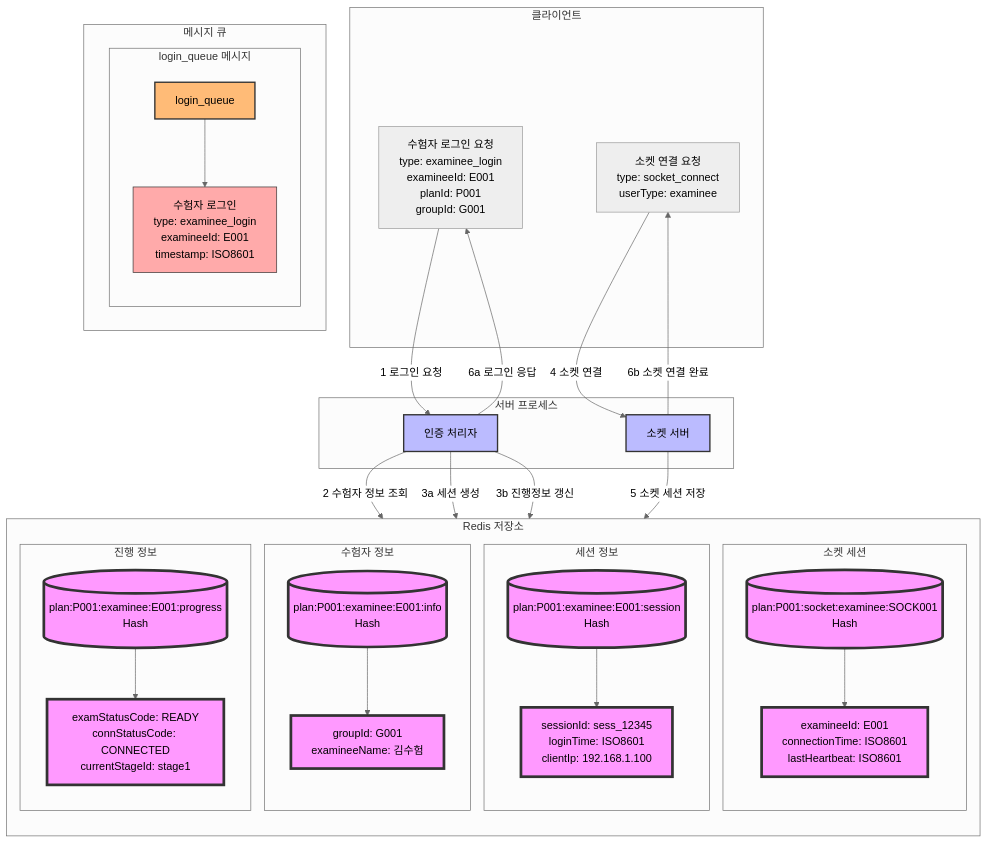
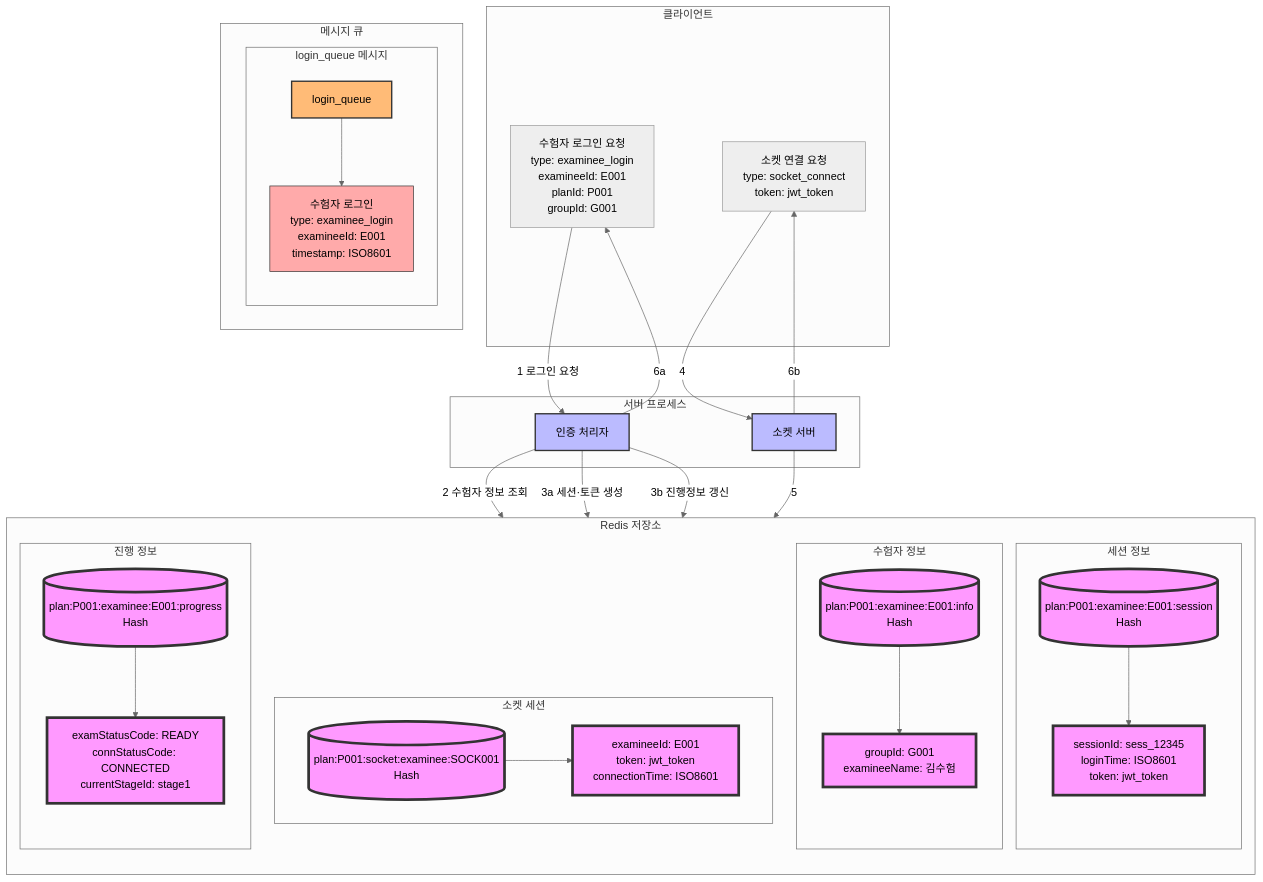
Before and after one commit to ldmrepo/exam-arch: the second of 2 diagrams in 시나리오/04 수험자 로그인 시나리오.md, drawn with Mermaid (neutral theme). The commit also changed other lines of this file and 3 other files, not shown here.

````diff
--- a/시나리오/04 수험자 로그인 시나리오.md
+++ b/시나리오/04 수험자 로그인 시나리오.md
@@ -40,68 +91,70 @@
 ```mermaid
 flowchart TB
-    subgraph Client[클라이언트]
-        LR1[수험자 로그인 요청<br/>type: examinee_login<br/>examineeId: E001<br/>planId: P001<br/>groupId: G001]
-        SC1[소켓 연결 요청<br/>type: socket_connect<br/>userType: examinee]
-    end
+   subgraph Client[클라이언트]
+       LR1[수험자 로그인 요청<br/>type: examinee_login<br/>examineeId: E001<br/>planId: P001<br/>groupId: G001]
+       SC1[소켓 연결 요청<br/>type: socket_connect<br/>token: jwt_token]
+   end
 
-    subgraph MessageQueue[메시지 큐]
-        subgraph LoginQueue[login_queue 메시지]
-            LQ[login_queue]
-            LQ1[수험자 로그인<br/>type: examinee_login<br/>examineeId: E001<br/>timestamp: ISO8601]
-            LQ --> LQ1
-        end
-    end
+   subgraph MessageQueue[메시지 큐]
+       subgraph LoginQueue[login_queue 메시지]
+           LQ[login_queue]
+           LQ1[수험자 로그인<br/>type: examinee_login<br/>examineeId: E001<br/>timestamp: ISO8601]
+           LQ --> LQ1
+       end
+   end
 
-    subgraph Redis[Redis 저장소]
-        direction TB
-        subgraph ExamineeInfo[수험자 정보]
-            EI[(plan:P001:examinee:E001:info<br/>Hash)]
-            EI1[groupId: G001<br/>examineeName: 김수험]
-            EI --> EI1
-        end
-        subgraph SessionInfo[세션 정보]
-            SE[(plan:P001:examinee:E001:session<br/>Hash)]
-            SE1[sessionId: sess_12345<br/>loginTime: ISO8601<br/>clientIp: 192.168.1.100]
-            SE --> SE1
-        end
-        subgraph SocketSession[소켓 세션]
-            SK[(plan:P001:socket:examinee:SOCK001<br/>Hash)]
-            SK1[examineeId: E001<br/>connectionTime: ISO8601<br/>lastHeartbeat: ISO8601]
-            SK --> SK1
-        end
-        subgraph Progress[진행 정보]
-            PR[(plan:P001:examinee:E001:progress<br/>Hash)]
-            PR1[examStatusCode: READY<br/>connStatusCode: CONNECTED<br/>currentStageId: stage1]
-            PR --> PR1
-        end
-    end
+   subgraph Redis[Redis 저장소]
+       direction TB
+       subgraph ExamineeInfo[수험자 정보]
+           EI[(plan:P001:examinee:E001:info<br/>Hash)]
+           EI1[groupId: G001<br/>examineeName: 김수험]
+           EI --> EI1
+       end
+       subgraph SessionInfo[세션 정보]
+           SE[(plan:P001:examinee:E001:session<br/>Hash)]
+           SE1[sessionId: sess_12345<br/>loginTime: ISO8601<br/>token: jwt_token]
+           SE --> SE1
+       end
+       subgraph SocketSession[소켓 세션]
+           SK[(plan:P001:socket:examinee:SOCK001<br/>Hash)]
+           SK1[examineeId: E001<br/>token: jwt_token<br/>connectionTime: ISO8601]
+           SK --> SK1
+       end
+       subgraph Progress[진행 정보]
+           PR[(plan:P001:examinee:E001:progress<br/>Hash)]
+           PR1[examStatusCode: READY<br/>connStatusCode: CONNECTED<br/>currentStageId: stage1]
+           PR --> PR1
+       end
+   end
 
-    subgraph Server[서버 프로세스]
-        SP[소켓 서버]
-        AP[인증 처리자]
-    end
+   subgraph Server[서버 프로세스]
+       SP[소켓 서버]
+       AP[인증 처리자]
+   end
 
-    %% 데이터 흐름
-    LR1 -->|1 로그인 요청| AP
-    AP -->|2 수험자 정보 조회| EI
-    AP -->|3a 세션 생성| SE
-    AP -->|3b 진행정보 갱신| PR
-    SC1 -->|4 소켓 연결| SP
-    SP -->|5 소켓 세션 저장| SK
+   %% 데이터 흐름
+   LR1 -->|1 로그인 요청| AP
+   AP -->|2 수험자 정보 조회| EI
+   AP -->|3a 세션·토큰 생성| SE
+   AP -->|3b 진행정보 갱신| PR
 
-    %% 응답 흐름
-    AP -->|6a 로그인 응답| LR1
-    SP -->|6b 소켓 연결 완료| SC1
+   %% 소켓 연결 흐름
+   SC1 -->|4| SP
+   SP -->|5| SE
 
-    %% 스타일링
-    classDef storage fill:#f9f,stroke:#333,stroke-width:4px
-    classDef process fill:#bbf,stroke:#333,stroke-width:2px
-    classDef queue fill:#fb7,stroke:#333,stroke-width:2px
-    classDef event fill:#afa,stroke:#333,stroke-width:1px
-    classDef message fill:#faa,stroke:#333,stroke-width:1px
+   %% 응답 흐름
+   AP -->|6a| LR1
+   SP -->|6b| SC1
 
-    class EI,EI1,SE,SE1,SK,SK1,PR,PR1 storage
-    class SP,AP process
-    class LQ queue
-    class LQ1 message
+   %% 스타일링
+   classDef storage fill:#f9f,stroke:#333,stroke-width:4px
+   classDef process fill:#bbf,stroke:#333,stroke-width:2px
+   classDef queue fill:#fb7,stroke:#333,stroke-width:2px
+   classDef event fill:#afa,stroke:#333,stroke-width:1px
+   classDef message fill:#faa,stroke:#333,stroke-width:1px
+
+   class EI,EI1,SE,SE1,SK,SK1,PR,PR1 storage
+   class SP,AP process
+   class LQ queue
+   class LQ1 message
 ```
````
